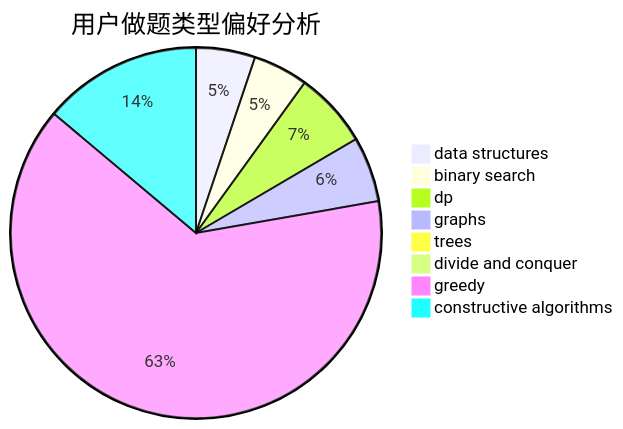
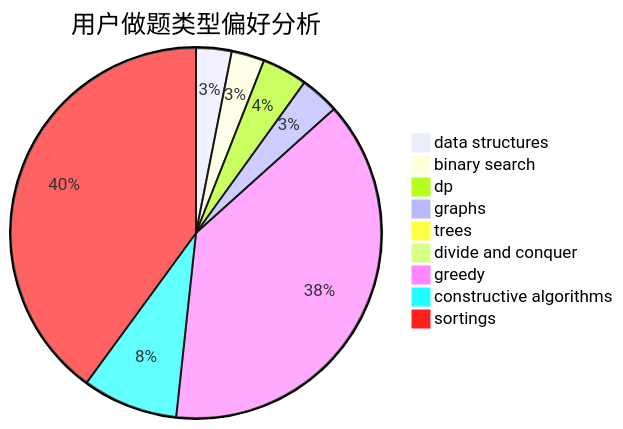
Before and after one commit to sherpahu/cfrs.github.io: the second of 3 diagrams in docs/user/u690.md, drawn with Mermaid. The commit also changed other lines of this file and 2769 other files, not shown here.

````diff
--- a/docs/user/u690.md
+++ b/docs/user/u690.md
@@ -23,11 +18,12 @@
 ```mermaid
 pie title 用户做题类型偏好分析
     "data structures" :  29
     "binary search" :  27
     "dp" :  37
     "graphs" :  32
     "trees" :  5
     "divide and conquer" :  0
     "greedy" :  359
     "constructive algorithms" :  78
+    "sortings" :  374
 ```
````
